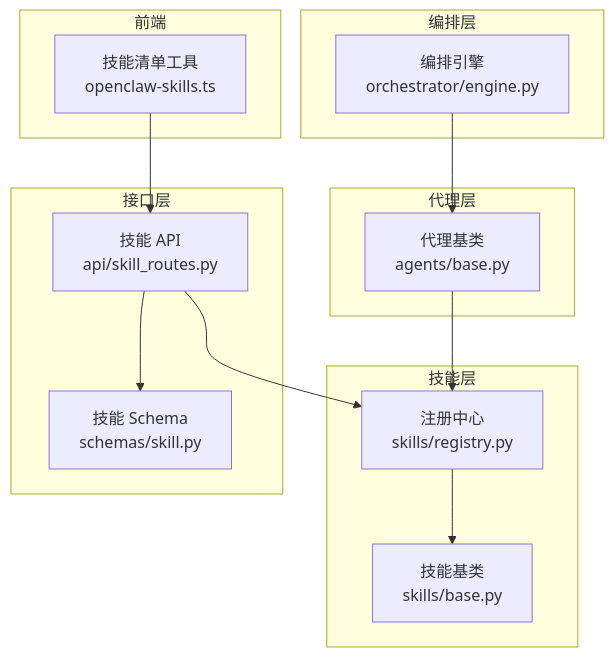
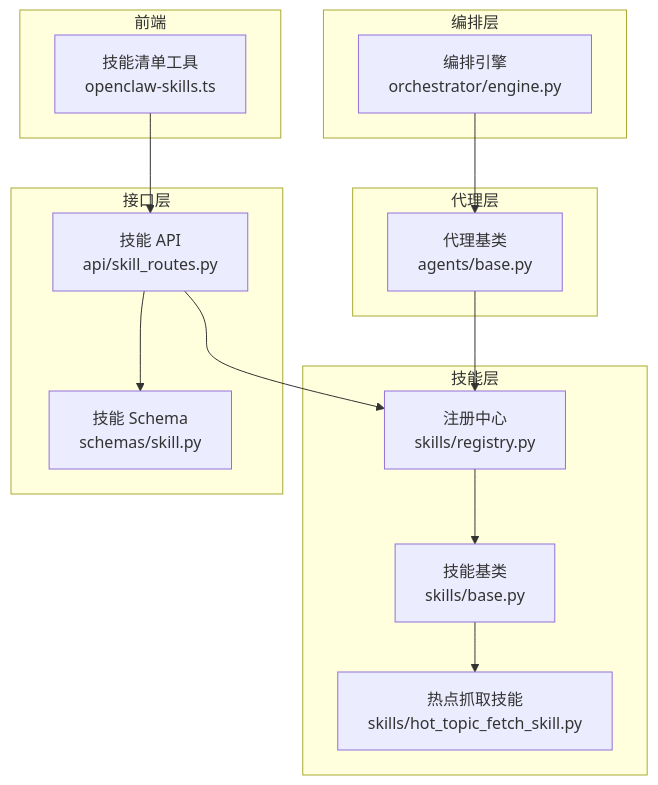
One commit to sansansansansan2022-web/hotclaw changed the second of 8 diagrams in .qoder/repowiki/zh/content/技能系统/技能系统.md. Above: the diagram before and after it, drawn with Mermaid. The commit also changed other lines of this file and 44 other files, not shown here.

````diff
--- a/.qoder/repowiki/zh/content/技能系统/技能系统.md
+++ b/.qoder/repowiki/zh/content/技能系统/技能系统.md
@@ -106,26 +134,28 @@
 ```mermaid
 graph TB
 subgraph "编排层"
 OE["编排引擎<br/>orchestrator/engine.py"]
 end
 subgraph "代理层"
 BA["代理基类<br/>agents/base.py"]
 end
 subgraph "技能层"
 BS["技能基类<br/>skills/base.py"]
 SR["注册中心<br/>skills/registry.py"]
+HTFS["热点抓取技能<br/>skills/hot_topic_fetch_skill.py"]
 end
 subgraph "接口层"
 API["技能 API<br/>api/skill_routes.py"]
 SCH["技能 Schema<br/>schemas/skill.py"]
 end
 subgraph "前端"
 TS["技能清单工具<br/>openclaw-skills.ts"]
 end
 OE --> BA
 BA --> SR
 SR --> BS
+BS --> HTFS
 API --> SR
 API --> SCH
 TS --> API
 ```
````
